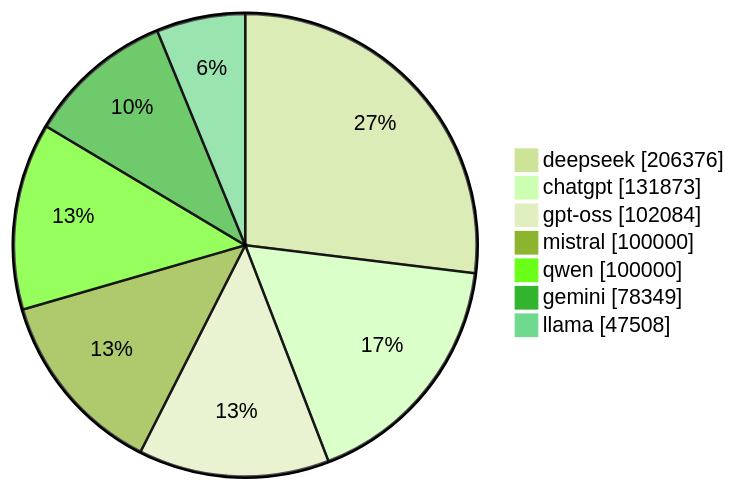
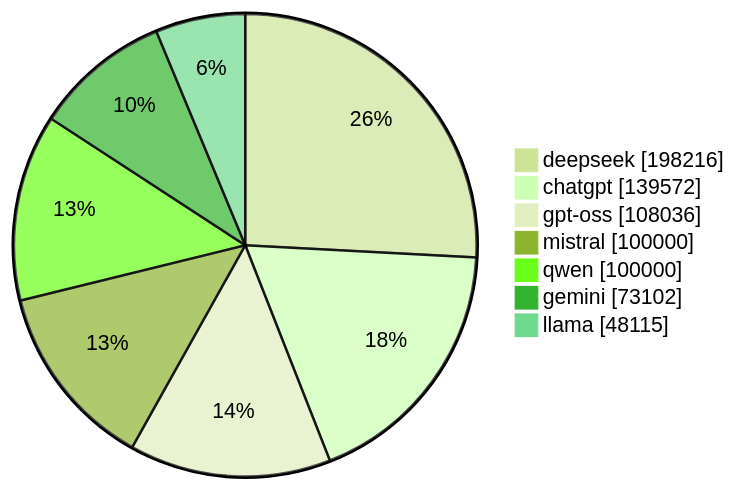
Before and after one commit to gqgs/llm100kbench: the diagram in README.md, drawn with Mermaid (forest theme). The commit also changed other lines of this file and 17 other files, not shown here.

````diff
--- a/README.md
+++ b/README.md
@@ -50,10 +50,10 @@
 ```mermaid
 pie showData
-    "deepseek" : 206376
-    "chatgpt" : 131873
-    "gpt-oss" : 102084
+    "deepseek" : 198216
+    "chatgpt" : 139572
+    "gpt-oss" : 108036
     "mistral" : 100000
     "qwen" : 100000
-    "gemini" : 78349
-    "llama" : 47508
+    "gemini" : 73102
+    "llama" : 48115
 ```
````
